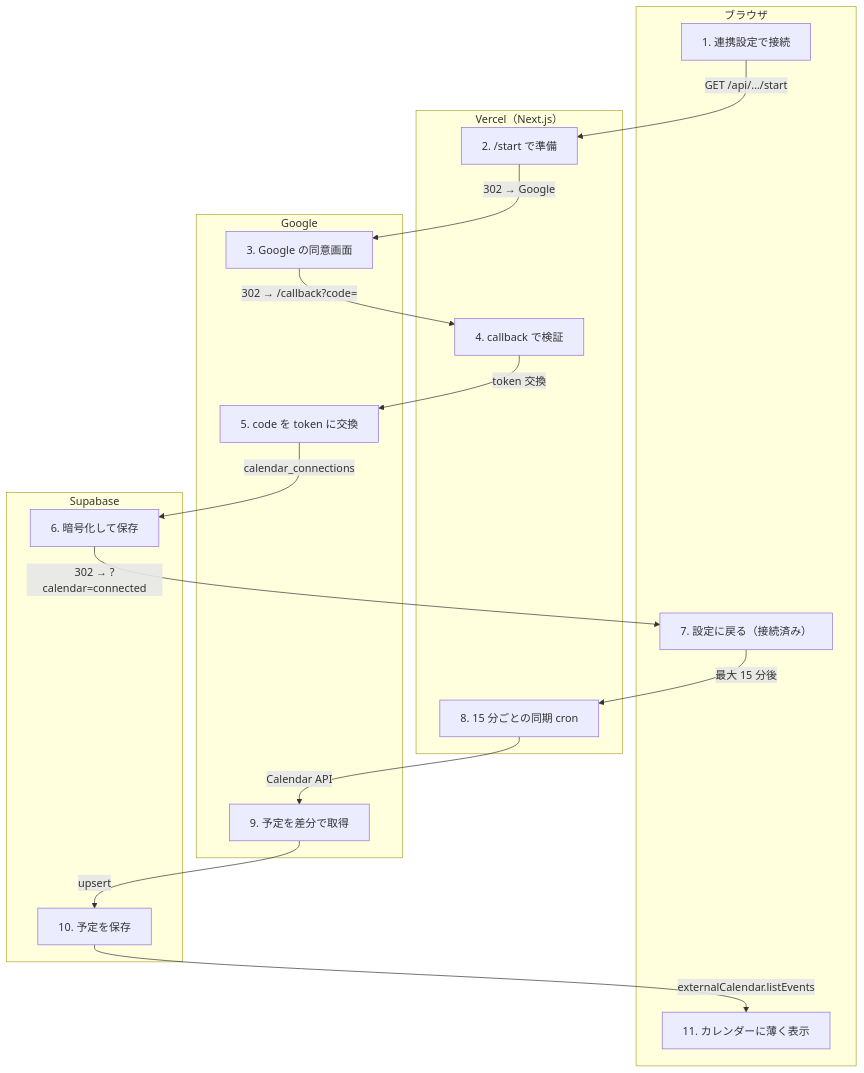
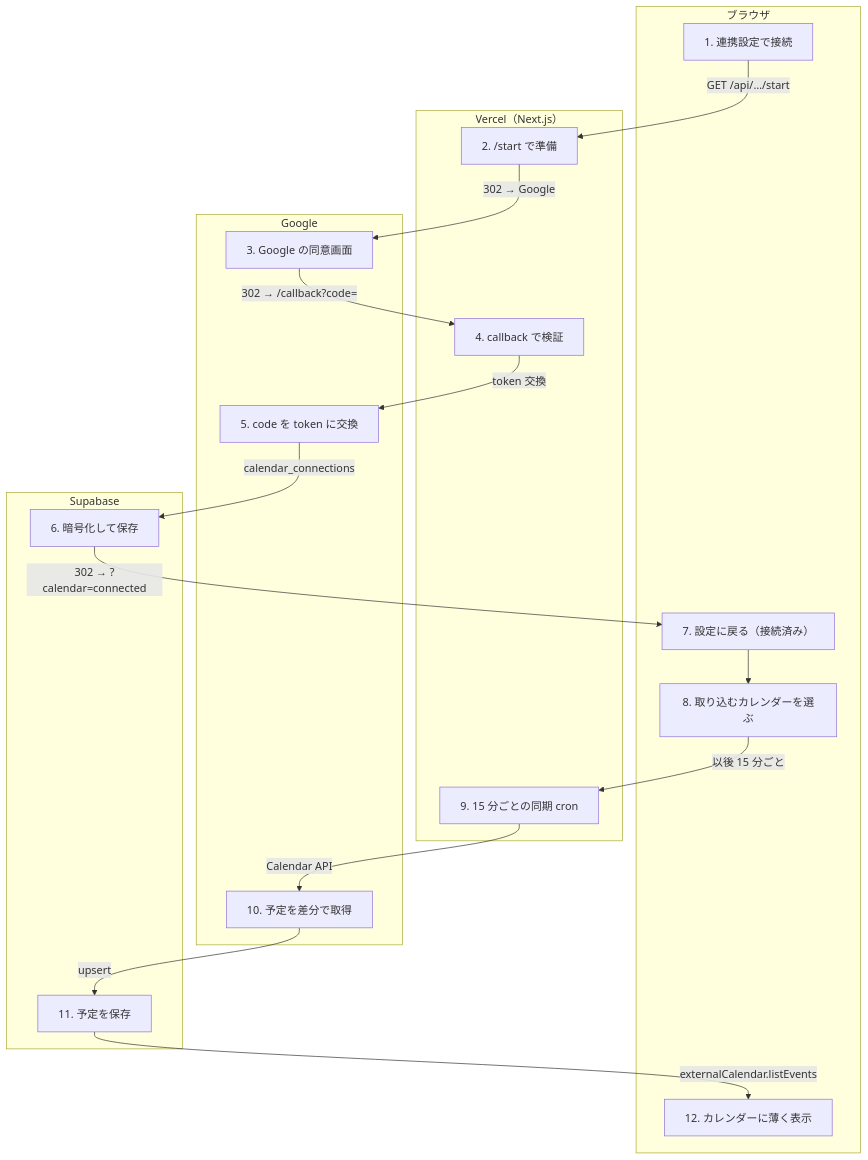
One commit to Dayopt/dayopt changed the diagram in docs/learn/journeys/google-calendar.md. Above: the diagram before and after it, drawn with Mermaid. The commit also changed other lines of this file and 36 other files, not shown here.

````diff
--- a/docs/learn/journeys/google-calendar.md
+++ b/docs/learn/journeys/google-calendar.md
@@ -12,32 +12,34 @@
 ```mermaid
 flowchart TD
   subgraph s_browser["ブラウザ"]
     n1["1. 連携設定で接続"]
     n7["7. 設定に戻る（接続済み）"]
-    n11["11. カレンダーに薄く表示"]
+    n8["8. 取り込むカレンダーを選ぶ"]
+    n12["12. カレンダーに薄く表示"]
   end
   subgraph s_vercel["Vercel（Next.js）"]
     n2["2. /start で準備"]
     n4["4. callback で検証"]
-    n8["8. 15 分ごとの同期 cron"]
+    n9["9. 15 分ごとの同期 cron"]
   end
   subgraph s_google["Google"]
     n3["3. Google の同意画面"]
     n5["5. code を token に交換"]
-    n9["9. 予定を差分で取得"]
+    n10["10. 予定を差分で取得"]
   end
   subgraph s_supabase["Supabase"]
     n6["6. 暗号化して保存"]
-    n10["10. 予定を保存"]
+    n11["11. 予定を保存"]
   end
   n1 -->|"GET /api/…/start"| n2
   n2 -->|"302 → Google"| n3
   n3 -->|"302 → /callback?code="| n4
   n4 -->|"token 交換"| n5
   n5 -->|"calendar_connections"| n6
   n6 -->|"302 → ?calendar=connected"| n7
-  n7 -->|"最大 15 分後"| n8
-  n8 -->|"Calendar API"| n9
-  n9 -->|"upsert"| n10
-  n10 -->|"externalCalendar.listEvents"| n11
+  n7 --> n8
+  n8 -->|"以後 15 分ごと"| n9
+  n9 -->|"Calendar API"| n10
+  n10 -->|"upsert"| n11
+  n11 -->|"externalCalendar.listEvents"| n12
 ```
````
